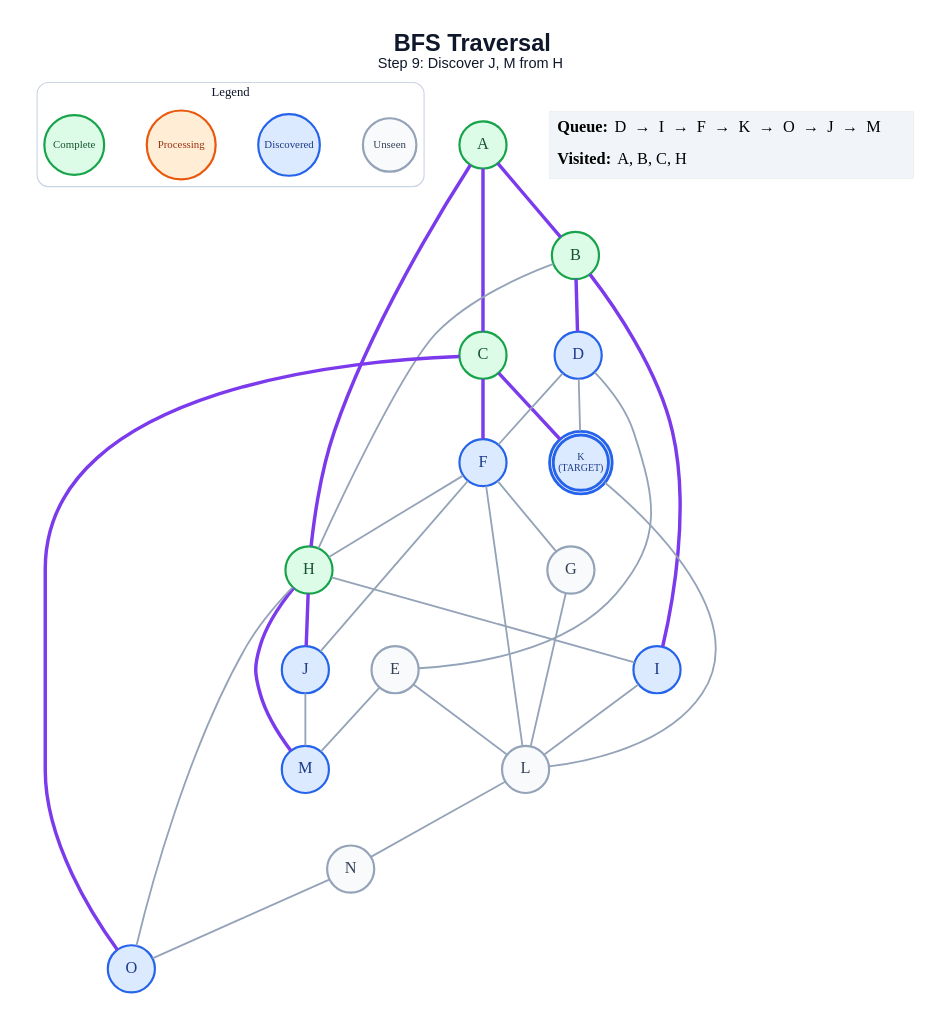
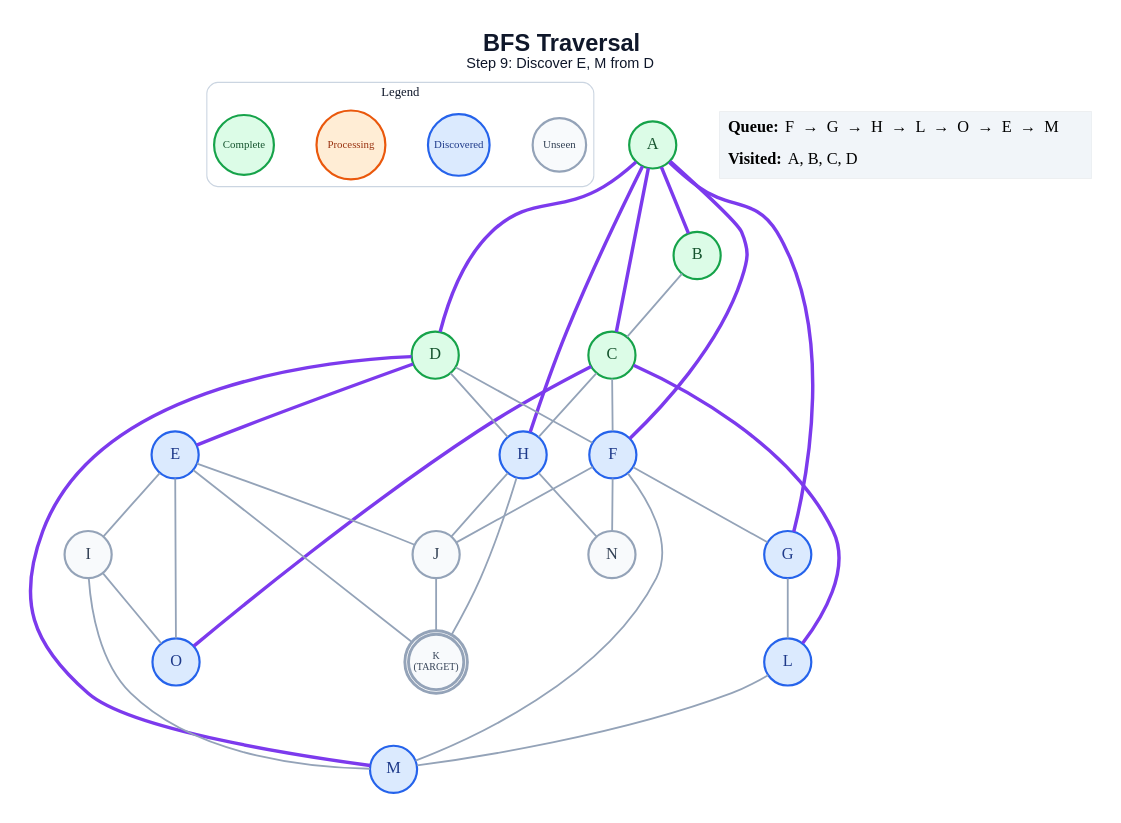
Before and after one commit to anon7238593-create/ai-slop: the diagram in generated/specific-node/bfs/step_09.dot, drawn with Graphviz. The commit also changed 291 other files, not shown here.

```diff
--- a/generated/specific-node/bfs/step_09.dot
+++ b/generated/specific-node/bfs/step_09.dot
@@ -1,62 +1,65 @@
 graph traversal {
   graph [layout=dot, rankdir=TB, bgcolor="#FFFFFF", pad="0.35", nodesep="0.65", ranksep="0.8", fontname="Arial"];
   node [shape=circle, style="filled", fontname="Arial Bold", fontsize=18, width=0.72, fixedsize=true, penwidth=2.4];
   edge [color="#94A3B8", penwidth=2.0];
-  label=<<B>BFS Traversal</B><BR/><FONT POINT-SIZE="16">Step 9: Discover J, M from H</FONT>>; labelloc="t"; fontsize=26; fontname="Arial"; fontcolor="#0F172A";
+  label=<<B>BFS Traversal</B><BR/><FONT POINT-SIZE="16">Step 9: Discover E, M from D</FONT>>; labelloc="t"; fontsize=26; fontname="Arial"; fontcolor="#0F172A";
   subgraph cluster_legend { label="Legend"; color="#CBD5E1"; penwidth=1.2; style="rounded"; fontsize=14; fontname="Arial Bold";
     key_unseen [label="Unseen", fillcolor="#F8FAFC", color="#94A3B8", fontcolor="#334155", fontsize=12, width=0.82];
     key_frontier [label="Discovered", fillcolor="#DBEAFE", color="#2563EB", fontcolor="#1E3A8A", fontsize=12, width=0.95];
     key_current [label="Processing", fillcolor="#FFEDD5", color="#EA580C", fontcolor="#9A3412", fontsize=12, width=1.05];
     key_done [label="Complete", fillcolor="#DCFCE7", color="#16A34A", fontcolor="#14532D", fontsize=12, width=0.92];
     { rank=same; key_unseen; key_frontier; key_current; key_done; }
   }
   A [label="A", fillcolor="#DCFCE7", color="#16A34A", fontcolor="#14532D", peripheries=1, penwidth=2.4];
   B [label="B", fillcolor="#DCFCE7", color="#16A34A", fontcolor="#14532D", peripheries=1, penwidth=2.4];
   C [label="C", fillcolor="#DCFCE7", color="#16A34A", fontcolor="#14532D", peripheries=1, penwidth=2.4];
-  D [label="D", fillcolor="#DBEAFE", color="#2563EB", fontcolor="#1E3A8A", peripheries=1, penwidth=2.4];
-  E [label="E", fillcolor="#F8FAFC", color="#94A3B8", fontcolor="#334155", peripheries=1, penwidth=2.4];
+  D [label="D", fillcolor="#DCFCE7", color="#16A34A", fontcolor="#14532D", peripheries=1, penwidth=2.4];
+  E [label="E", fillcolor="#DBEAFE", color="#2563EB", fontcolor="#1E3A8A", peripheries=1, penwidth=2.4];
   F [label="F", fillcolor="#DBEAFE", color="#2563EB", fontcolor="#1E3A8A", peripheries=1, penwidth=2.4];
-  G [label="G", fillcolor="#F8FAFC", color="#94A3B8", fontcolor="#334155", peripheries=1, penwidth=2.4];
-  H [label="H", fillcolor="#DCFCE7", color="#16A34A", fontcolor="#14532D", peripheries=1, penwidth=2.4];
-  I [label="I", fillcolor="#DBEAFE", color="#2563EB", fontcolor="#1E3A8A", peripheries=1, penwidth=2.4];
-  J [label="J", fillcolor="#DBEAFE", color="#2563EB", fontcolor="#1E3A8A", peripheries=1, penwidth=2.4];
-  K [label="K\n(TARGET)", fillcolor="#DBEAFE", color="#2563EB", fontcolor="#1E3A8A", peripheries=2, penwidth=3.2, fontsize=11, width=0.85, height=0.85];
-  L [label="L", fillcolor="#F8FAFC", color="#94A3B8", fontcolor="#334155", peripheries=1, penwidth=2.4];
+  G [label="G", fillcolor="#DBEAFE", color="#2563EB", fontcolor="#1E3A8A", peripheries=1, penwidth=2.4];
+  H [label="H", fillcolor="#DBEAFE", color="#2563EB", fontcolor="#1E3A8A", peripheries=1, penwidth=2.4];
+  I [label="I", fillcolor="#F8FAFC", color="#94A3B8", fontcolor="#334155", peripheries=1, penwidth=2.4];
+  J [label="J", fillcolor="#F8FAFC", color="#94A3B8", fontcolor="#334155", peripheries=1, penwidth=2.4];
+  K [label="K\n(TARGET)", fillcolor="#F8FAFC", color="#94A3B8", fontcolor="#334155", peripheries=2, penwidth=3.2, fontsize=11, width=0.85, height=0.85];
+  L [label="L", fillcolor="#DBEAFE", color="#2563EB", fontcolor="#1E3A8A", peripheries=1, penwidth=2.4];
   M [label="M", fillcolor="#DBEAFE", color="#2563EB", fontcolor="#1E3A8A", peripheries=1, penwidth=2.4];
   N [label="N", fillcolor="#F8FAFC", color="#94A3B8", fontcolor="#334155", peripheries=1, penwidth=2.4];
   O [label="O", fillcolor="#DBEAFE", color="#2563EB", fontcolor="#1E3A8A", peripheries=1, penwidth=2.4];
   A -- B [color="#7C3AED", penwidth=3.8];
   A -- C [color="#7C3AED", penwidth=3.8];
+  A -- D [color="#7C3AED", penwidth=3.8];
+  A -- F [color="#7C3AED", penwidth=3.8];
+  A -- G [color="#7C3AED", penwidth=3.8];
   A -- H [color="#7C3AED", penwidth=3.8];
-  B -- D [color="#7C3AED", penwidth=3.8];
-  B -- H;
-  B -- I [color="#7C3AED", penwidth=3.8];
-  C -- F [color="#7C3AED", penwidth=3.8];
-  C -- K [color="#7C3AED", penwidth=3.8];
+  B -- C;
+  C -- F;
+  C -- H;
+  C -- L [color="#7C3AED", penwidth=3.8];
   C -- O [color="#7C3AED", penwidth=3.8];
-  D -- E;
+  D -- E [color="#7C3AED", penwidth=3.8];
   D -- F;
-  D -- K;
-  E -- L;
-  E -- M;
+  D -- H;
+  D -- M [color="#7C3AED", penwidth=3.8];
+  E -- I;
+  E -- J;
+  E -- K;
+  E -- O;
   F -- G;
-  F -- H;
   F -- J;
-  F -- L;
+  F -- M;
+  F -- N;
   G -- L;
-  H -- I;
-  H -- J [color="#7C3AED", penwidth=3.8];
-  H -- M [color="#7C3AED", penwidth=3.8];
-  H -- O;
-  I -- L;
-  J -- M;
-  K -- L;
-  L -- N;
-  N -- O;
+  H -- J;
+  H -- K;
+  H -- N;
+  I -- M;
+  I -- O;
+  J -- K;
+  L -- M;
   status [shape=plain, fixedsize=false, width=0, height=0, margin=0, label=<
     <TABLE BORDER="0" CELLBORDER="0" CELLPADDING="7" BGCOLOR="#F1F5F9">
-      <TR><TD ALIGN="LEFT"><B>Queue:</B> D  →  I  →  F  →  K  →  O  →  J  →  M</TD></TR>
-      <TR><TD ALIGN="LEFT"><B>Visited:</B> A, B, C, H</TD></TR>
+      <TR><TD ALIGN="LEFT"><B>Queue:</B> F  →  G  →  H  →  L  →  O  →  E  →  M</TD></TR>
+      <TR><TD ALIGN="LEFT"><B>Visited:</B> A, B, C, D</TD></TR>
     </TABLE>
   >];
 }
```
